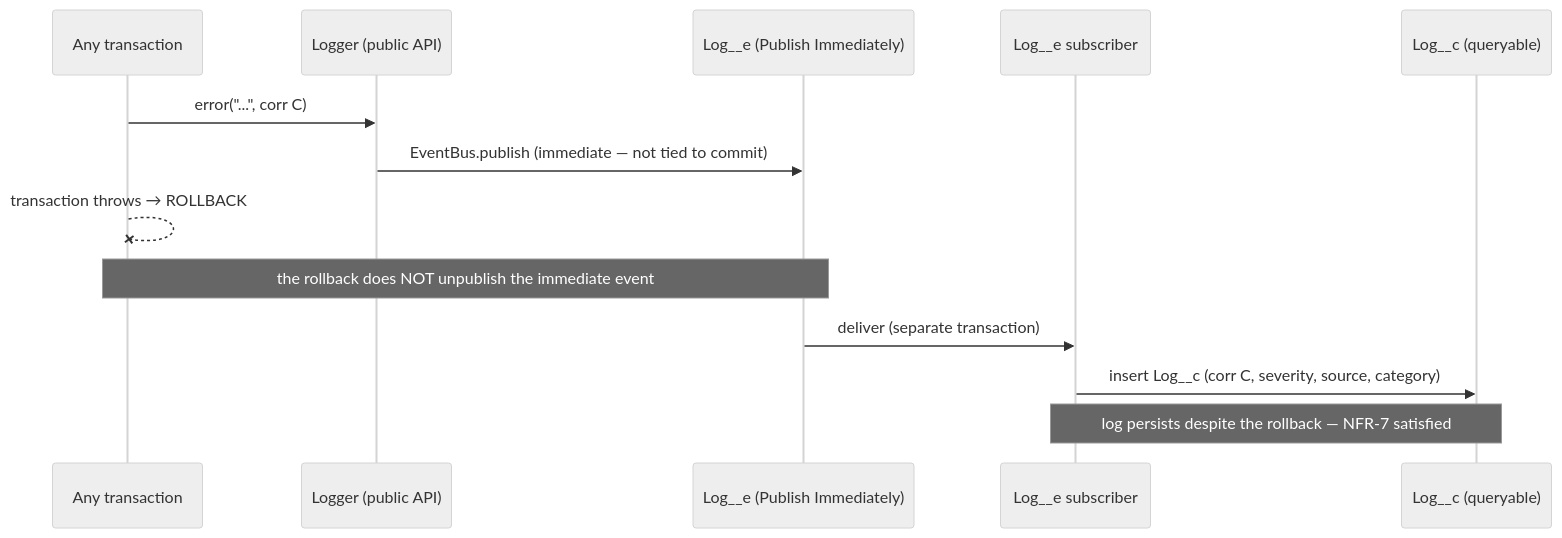
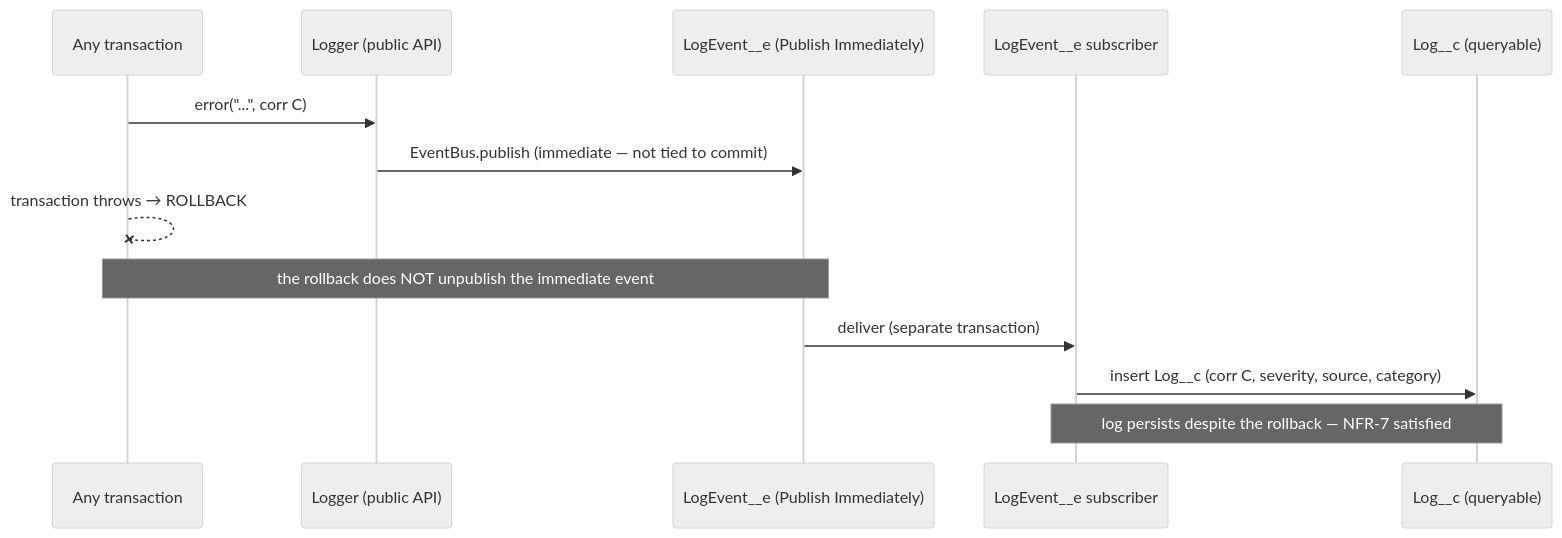
Before and after one commit to andysolomon/sf-platform-enablement: the sixth of 7 diagrams in docs/architecture/sequence-diagrams.md, drawn with Mermaid (neutral theme). The commit also changed 44 other files, not shown here.

First line of the commit message:
feat: walking skeleton (v0.1.0) — Logger/LogEvent__e, CalloutService, inbound resource

````diff
--- a/docs/architecture/sequence-diagrams.md
+++ b/docs/architecture/sequence-diagrams.md
@@ -123,16 +123,16 @@
 ```mermaid
 sequenceDiagram
     participant TX as Any transaction
     participant LG as Logger (public API)
-    participant LE as Log__e (Publish Immediately)
-    participant LS as Log__e subscriber
+    participant LE as LogEvent__e (Publish Immediately)
+    participant LS as LogEvent__e subscriber
     participant LC as Log__c (queryable)
 
     TX->>LG: error("...", corr C)
     LG->>LE: EventBus.publish (immediate — not tied to commit)
     TX--xTX: transaction throws → ROLLBACK
     Note over TX,LE: the rollback does NOT unpublish the immediate event
     LE->>LS: deliver (separate transaction)
     LS->>LC: insert Log__c (corr C, severity, source, category)
     Note over LS,LC: log persists despite the rollback — NFR-7 satisfied
 ```
````
